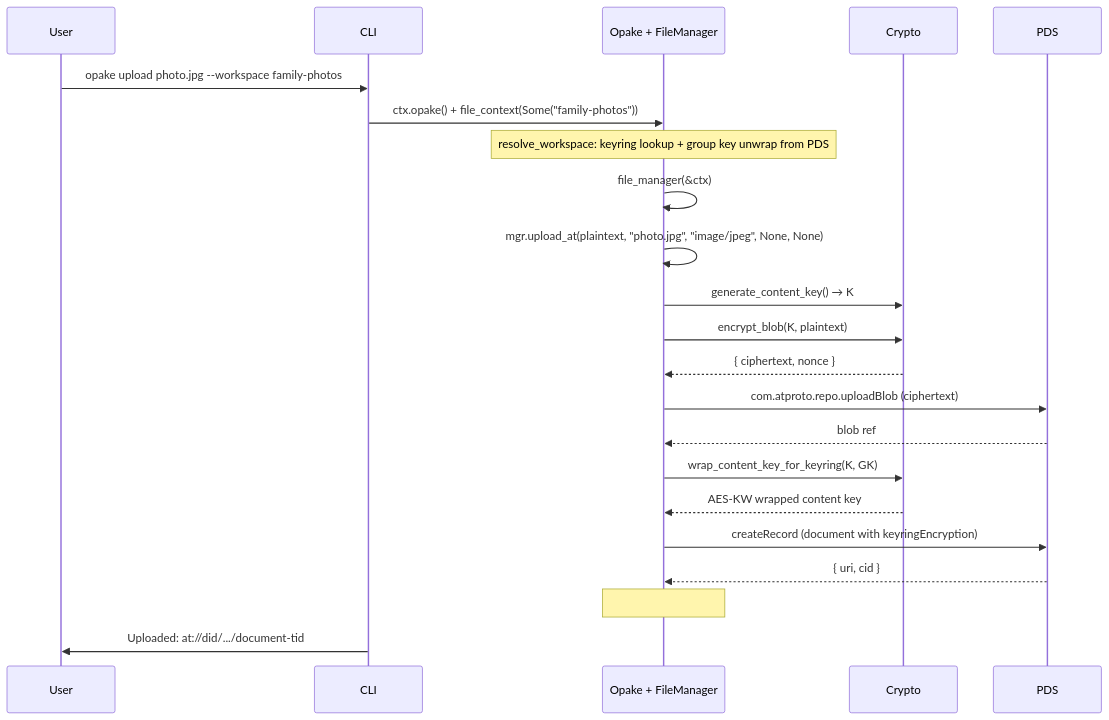
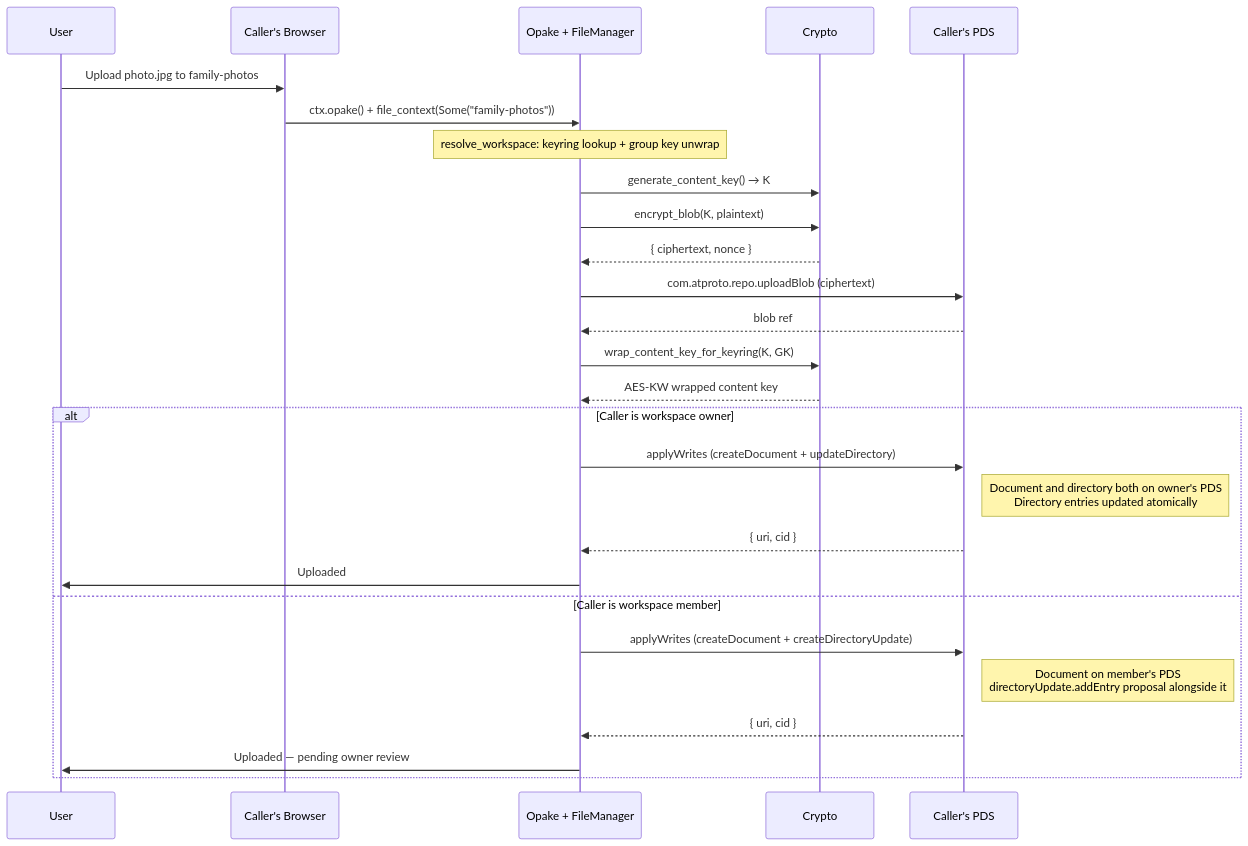
Before and after one commit to Sans-Self/Opake: the sixth of 7 diagrams in docs/flows/keyrings.md, drawn with Mermaid. The commit also changed other lines of this file and 10 other files, not shown here.

````diff
--- a/docs/flows/keyrings.md
+++ b/docs/flows/keyrings.md
@@ -160,33 +165,35 @@
 ```mermaid
 sequenceDiagram
     participant User
-    participant CLI
+    participant Web as Caller's Browser
     participant Opake as Opake + FileManager
     participant Crypto
-    participant PDS
+    participant CallerPDS as Caller's PDS
 
-    User->>CLI: opake upload photo.jpg --workspace family-photos
+    User->>Web: Upload photo.jpg to family-photos
 
-    CLI->>Opake: ctx.opake() + file_context(Some("family-photos"))
-    Note over Opake: resolve_workspace: keyring lookup + group key unwrap from PDS
-    Opake->>Opake: file_manager(&ctx)
-
-    Opake->>Opake: mgr.upload_at(plaintext, "photo.jpg", "image/jpeg", None, None)
+    Web->>Opake: ctx.opake() + file_context(Some("family-photos"))
+    Note over Opake: resolve_workspace: keyring lookup + group key unwrap
 
     Opake->>Crypto: generate_content_key() → K
     Opake->>Crypto: encrypt_blob(K, plaintext)
     Crypto-->>Opake: { ciphertext, nonce }
 
-    Opake->>PDS: com.atproto.repo.uploadBlob (ciphertext)
-    PDS-->>Opake: blob ref
+    Opake->>CallerPDS: com.atproto.repo.uploadBlob (ciphertext)
+    CallerPDS-->>Opake: blob ref
 
     Opake->>Crypto: wrap_content_key_for_keyring(K, GK)
     Crypto-->>Opake: AES-KW wrapped content key
 
-    Opake->>PDS: createRecord (document with keyringEncryption)
-    PDS-->>Opake: { uri, cid }
-
-    Note over Opake: #[signoff] auto-persists session if refreshed
-
-    CLI->>User: Uploaded: at://did/.../document-tid
+    alt Caller is workspace owner
+        Opake->>CallerPDS: applyWrites (createDocument + updateDirectory)
+        Note right of CallerPDS: Document and directory both on owner's PDS<br/>Directory entries updated atomically
+        CallerPDS-->>Opake: { uri, cid }
+        Opake->>User: Uploaded
+    else Caller is workspace member
+        Opake->>CallerPDS: applyWrites (createDocument + createDirectoryUpdate)
+        Note right of CallerPDS: Document on member's PDS<br/>directoryUpdate.addEntry proposal alongside it
+        CallerPDS-->>Opake: { uri, cid }
+        Opake->>User: Uploaded — pending owner review
+    end
 ```
````
